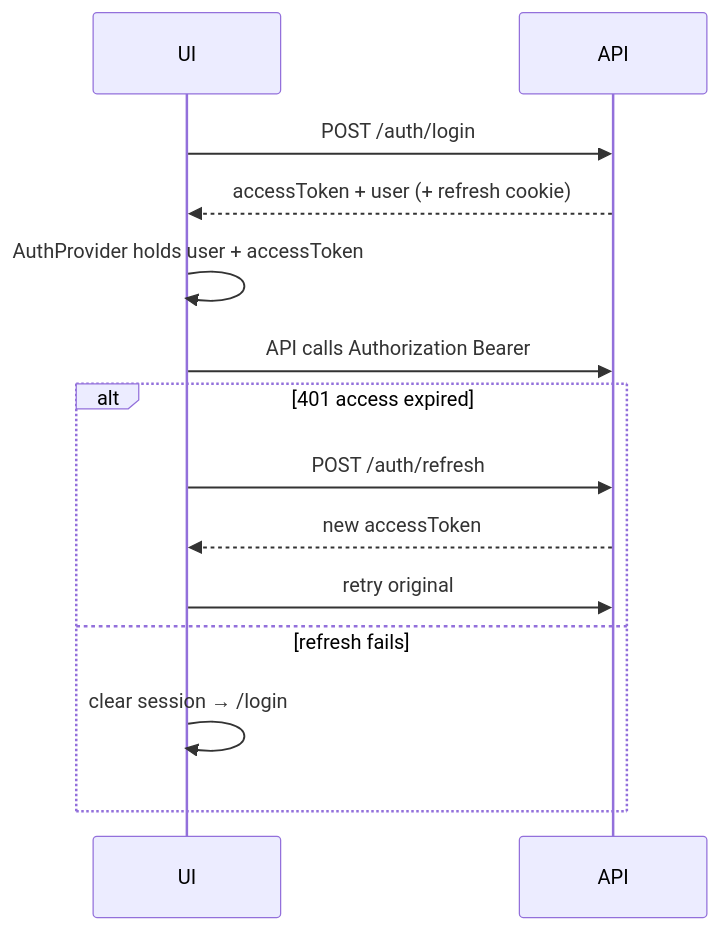
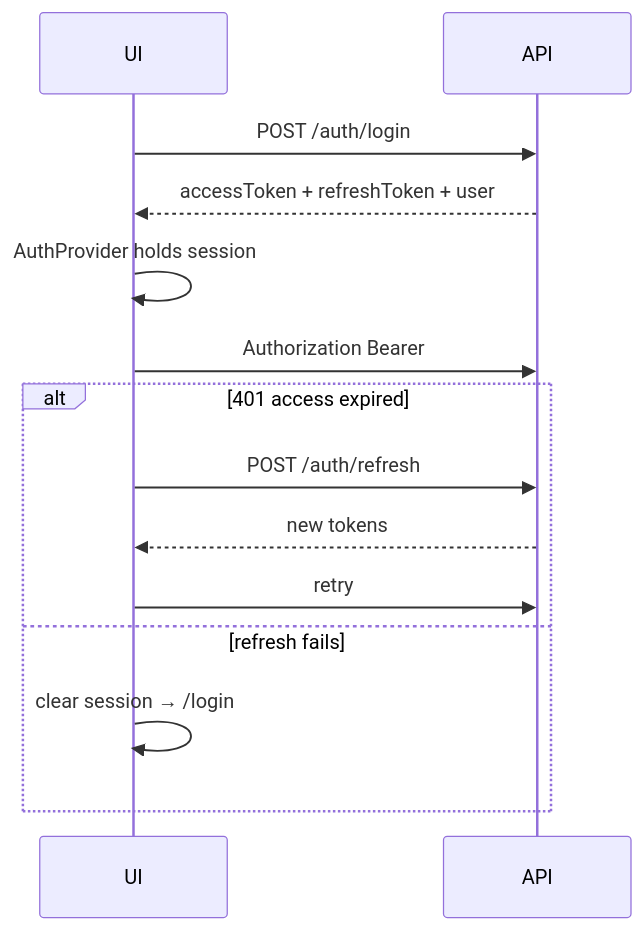
One commit to harshbrickred-ctrl/CDT_v1.0.0 changed the first of 2 diagrams in docs/09-frontend/AUTH_AND_ROUTING.md. Above: the diagram before and after it, drawn with Mermaid. The commit also changed other lines of this file and 20 other files, not shown here.

````diff
--- a/docs/09-frontend/AUTH_AND_ROUTING.md
+++ b/docs/09-frontend/AUTH_AND_ROUTING.md
@@ -27,16 +27,16 @@
 ```mermaid
 sequenceDiagram
   participant UI
   participant API
   UI->>API: POST /auth/login
-  API-->>UI: accessToken + user (+ refresh cookie)
-  UI->>UI: AuthProvider holds user + accessToken
-  UI->>API: API calls Authorization Bearer
+  API-->>UI: accessToken + refreshToken + user
+  UI->>UI: AuthProvider holds session
+  UI->>API: Authorization Bearer
   alt 401 access expired
     UI->>API: POST /auth/refresh
-    API-->>UI: new accessToken
-    UI->>API: retry original
+    API-->>UI: new tokens
+    UI->>API: retry
   else refresh fails
     UI->>UI: clear session → /login
   end
 ```
````
